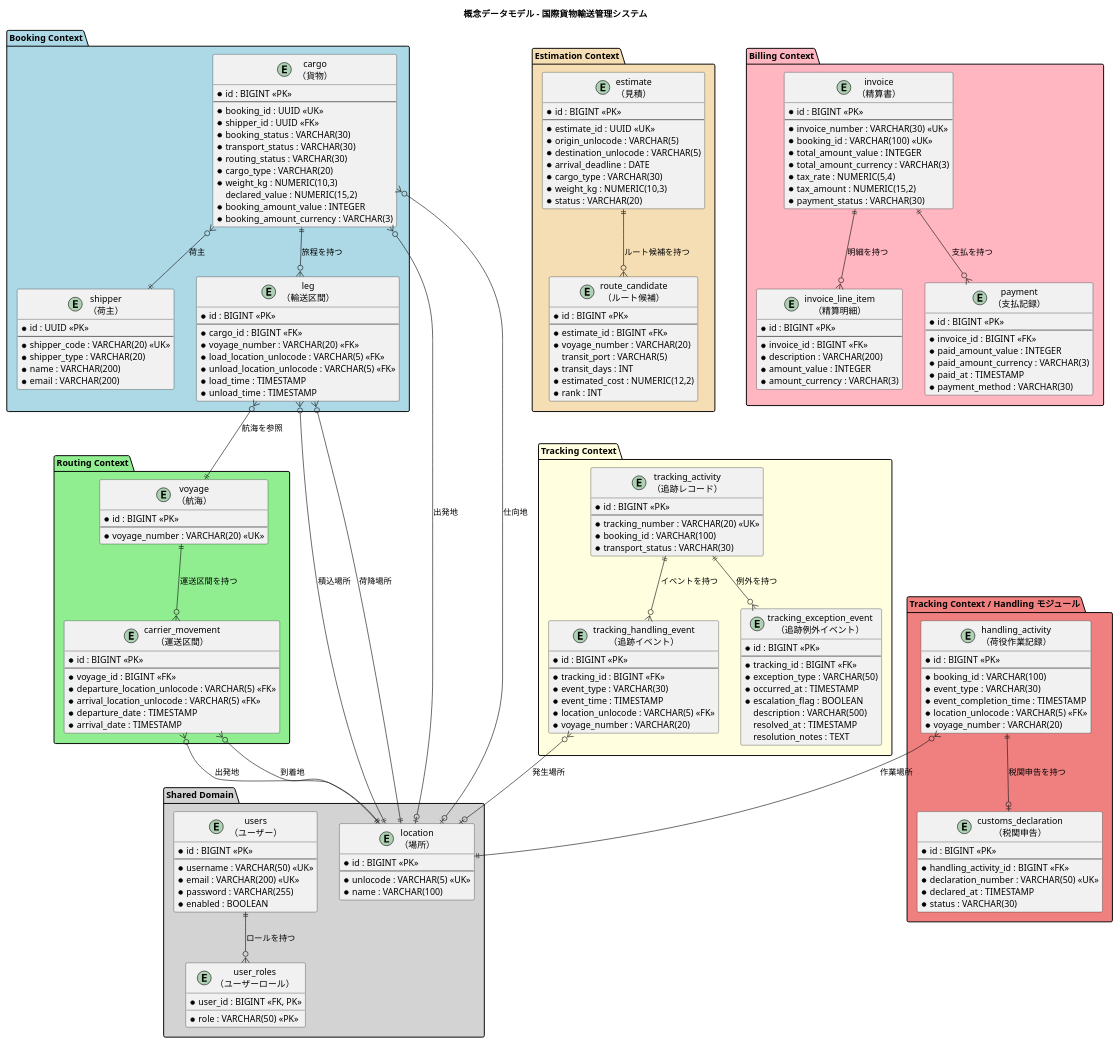
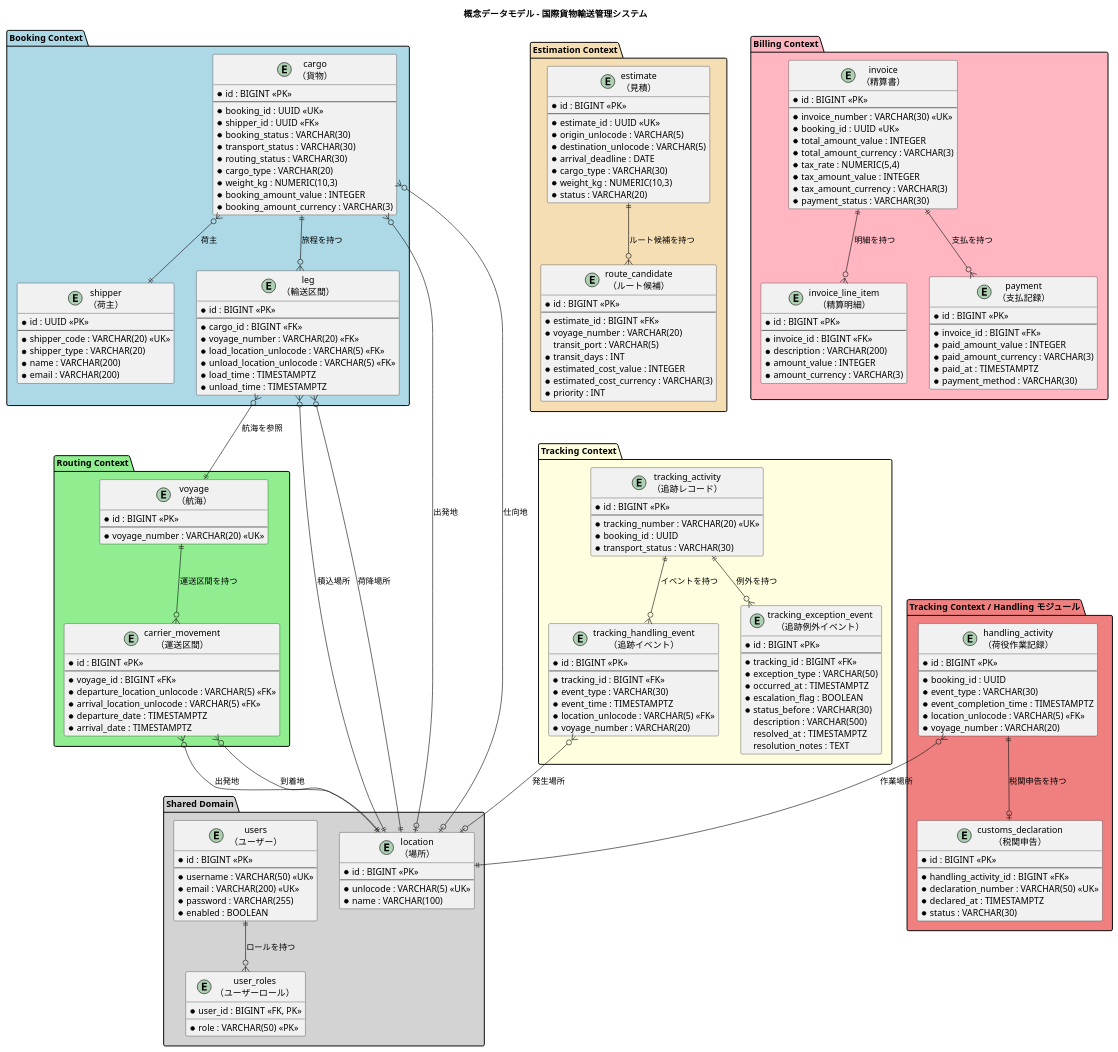
Before and after one commit to k2works/case-study-cargo-tracker: the first of 9 diagrams in docs/design/data-model.md, drawn with PlantUML. The commit also changed other lines of this file and 6 other files, not shown here.

```diff
--- a/docs/design/data-model.md
+++ b/docs/design/data-model.md
@@ -81,7 +81,6 @@
     * routing_status : VARCHAR(30)
     * cargo_type : VARCHAR(20)
     * weight_kg : NUMERIC(10,3)
-    declared_value : NUMERIC(15,2)
     * booking_amount_value : INTEGER
     * booking_amount_currency : VARCHAR(3)
   }
@@ -93,8 +92,8 @@
     * voyage_number : VARCHAR(20) <<FK>>
     * load_location_unlocode : VARCHAR(5) <<FK>>
     * unload_location_unlocode : VARCHAR(5) <<FK>>
-    * load_time : TIMESTAMP
-    * unload_time : TIMESTAMP
+    * load_time : TIMESTAMPTZ
+    * unload_time : TIMESTAMPTZ
   }
 }
 
@@ -111,8 +110,8 @@
     * voyage_id : BIGINT <<FK>>
     * departure_location_unlocode : VARCHAR(5) <<FK>>
     * arrival_location_unlocode : VARCHAR(5) <<FK>>
-    * departure_date : TIMESTAMP
-    * arrival_date : TIMESTAMP
+    * departure_date : TIMESTAMPTZ
+    * arrival_date : TIMESTAMPTZ
   }
 }
 
@@ -121,7 +120,7 @@
     * id : BIGINT <<PK>>
     --
     * tracking_number : VARCHAR(20) <<UK>>
-    * booking_id : VARCHAR(100)
+    * booking_id : UUID
     * transport_status : VARCHAR(30)
   }
 
@@ -130,7 +129,7 @@
     --
     * tracking_id : BIGINT <<FK>>
     * event_type : VARCHAR(30)
-    * event_time : TIMESTAMP
+    * event_time : TIMESTAMPTZ
     * location_unlocode : VARCHAR(5) <<FK>>
     * voyage_number : VARCHAR(20)
   }
@@ -140,10 +139,11 @@
     --
     * tracking_id : BIGINT <<FK>>
     * exception_type : VARCHAR(50)
-    * occurred_at : TIMESTAMP
+    * occurred_at : TIMESTAMPTZ
     * escalation_flag : BOOLEAN
+    * status_before : VARCHAR(30)
     description : VARCHAR(500)
-    resolved_at : TIMESTAMP
+    resolved_at : TIMESTAMPTZ
     resolution_notes : TEXT
   }
 }
@@ -152,9 +152,9 @@
   entity "handling_activity\n（荷役作業記録）" as handling_activity {
     * id : BIGINT <<PK>>
     --
-    * booking_id : VARCHAR(100)
+    * booking_id : UUID
     * event_type : VARCHAR(30)
-    * event_completion_time : TIMESTAMP
+    * event_completion_time : TIMESTAMPTZ
     * location_unlocode : VARCHAR(5) <<FK>>
     * voyage_number : VARCHAR(20)
   }
@@ -164,7 +164,7 @@
     --
     * handling_activity_id : BIGINT <<FK>>
     * declaration_number : VARCHAR(50) <<UK>>
-    * declared_at : TIMESTAMP
+    * declared_at : TIMESTAMPTZ
     * status : VARCHAR(30)
   }
 }
@@ -189,8 +189,9 @@
     * voyage_number : VARCHAR(20)
     transit_port : VARCHAR(5)
     * transit_days : INT
-    * estimated_cost : NUMERIC(12,2)
-    * rank : INT
+    * estimated_cost_value : INTEGER
+    * estimated_cost_currency : VARCHAR(3)
+    * priority : INT
   }
 }
 
@@ -199,11 +200,12 @@
     * id : BIGINT <<PK>>
     --
     * invoice_number : VARCHAR(30) <<UK>>
-    * booking_id : VARCHAR(100) <<UK>>
+    * booking_id : UUID <<UK>>
     * total_amount_value : INTEGER
     * total_amount_currency : VARCHAR(3)
     * tax_rate : NUMERIC(5,4)
-    * tax_amount : NUMERIC(15,2)
+    * tax_amount_value : INTEGER
+    * tax_amount_currency : VARCHAR(3)
     * payment_status : VARCHAR(30)
   }
 
@@ -222,7 +224,7 @@
     * invoice_id : BIGINT <<FK>>
     * paid_amount_value : INTEGER
     * paid_amount_currency : VARCHAR(3)
-    * paid_at : TIMESTAMP
+    * paid_at : TIMESTAMPTZ
     * payment_method : VARCHAR(30)
   }
 }
```
